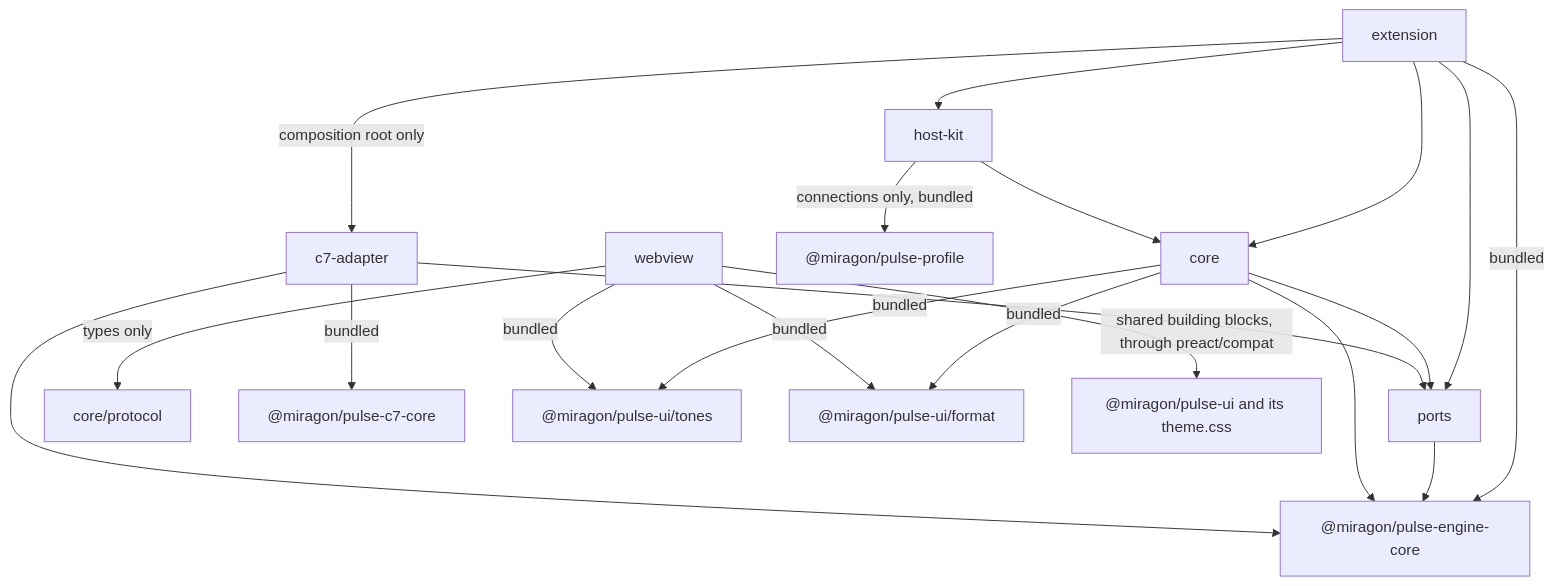
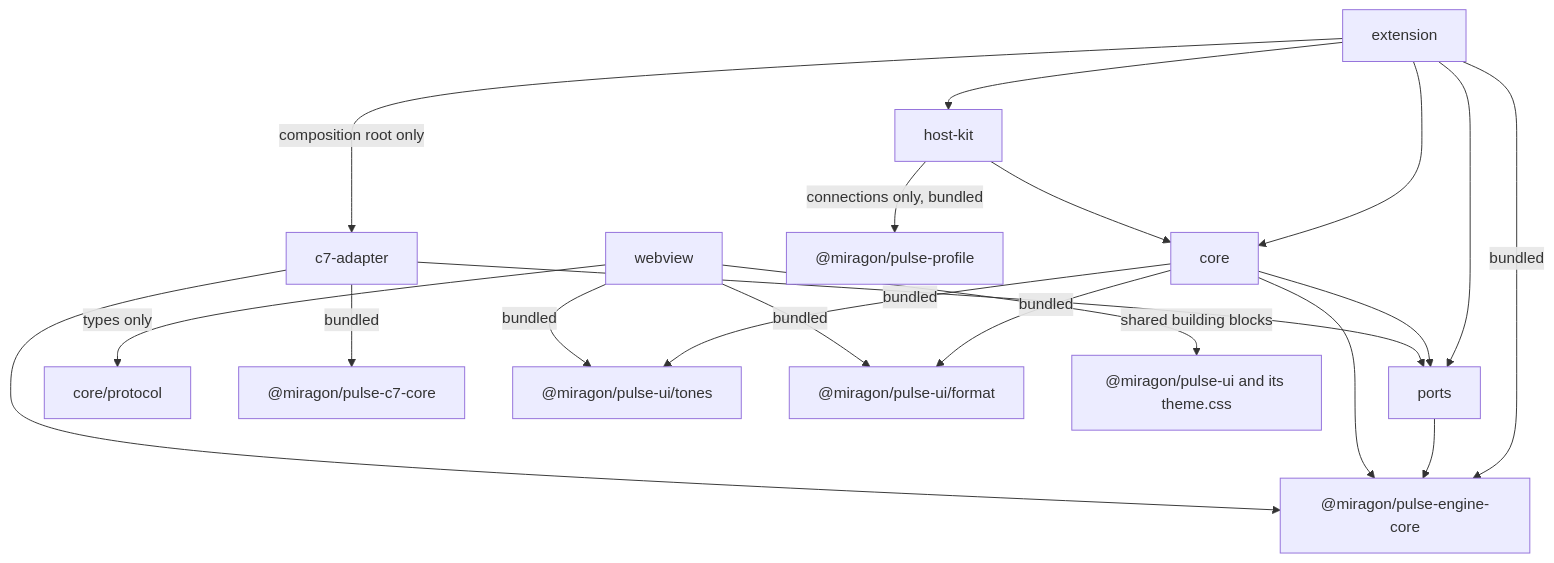
The third of 7 diagrams in apps/vscode/docs/architecture-overview.md (Miragon/pulse), drawn with Mermaid before and after one commit. The commit also changed other lines of this file and 14 other files, not shown here.

````diff
--- a/apps/vscode/docs/architecture-overview.md
+++ b/apps/vscode/docs/architecture-overview.md
@@ -130,22 +130,22 @@
 ```mermaid
 flowchart TB
   extension --> core
   extension --> hostKit[host-kit]
   extension --> ports[ports]
   extension -- bundled --> engineCore["@miragon/pulse-engine-core"]
   extension -- composition root only --> adapterC7[c7-adapter]
   hostKit -- connections only, bundled --> profile["@miragon/pulse-profile"]
   hostKit --> core
   ports --> engineCore
   core --> ports
   core --> engineCore
   webview -- types only --> protocol[core/protocol]
   adapterC7 --> ports
   adapterC7 --> engineCore
   adapterC7 -- bundled --> c7Core["@miragon/pulse-c7-core"]
   core -- bundled --> tones["@miragon/pulse-ui/tones"]
   webview -- bundled --> tones
   core -- bundled --> format["@miragon/pulse-ui/format"]
   webview -- bundled --> format
-  webview -- shared building blocks, through preact/compat --> kit["@miragon/pulse-ui and its theme.css"]
+  webview -- shared building blocks --> kit["@miragon/pulse-ui and its theme.css"]
 ```
````
